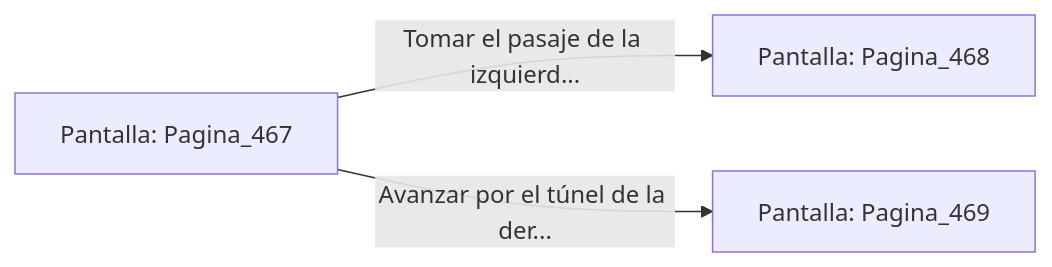
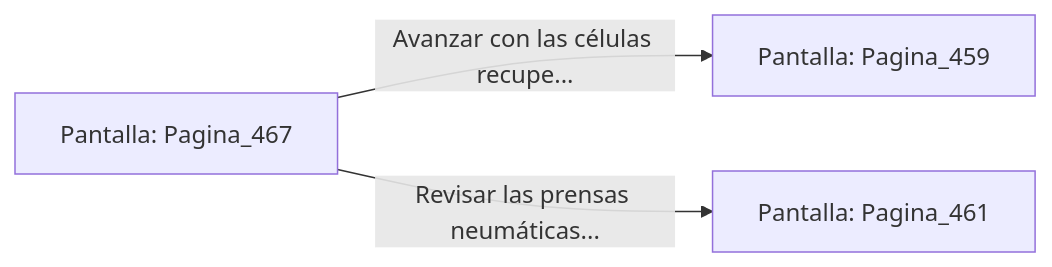
One commit to metsuke/mpl changed the diagram in sample/eligejuego-vault/Pantalla_Pagina_467.md. Above: the diagram before and after it, drawn with Mermaid. The commit also changed other lines of this file and 635 other files, not shown here.

First line of the commit message:
fix: añadir Pagina_1 como pantalla inicial en capitulo_01.mpl

````diff
--- a/sample/eligejuego-vault/Pantalla_Pagina_467.md
+++ b/sample/eligejuego-vault/Pantalla_Pagina_467.md
@@ -20,6 +24,6 @@
 ```mermaid
 graph LR
     P_Pagina_467["Pantalla: Pagina_467"]
-    P_Pagina_467 -->|"Tomar el pasaje de la izquierd..."| P_Pagina_468["Pantalla: Pagina_468"]
-    P_Pagina_467 -->|"Avanzar por el túnel de la der..."| P_Pagina_469["Pantalla: Pagina_469"]
+    P_Pagina_467 -->|"Avanzar con las células recupe..."| P_Pagina_459["Pantalla: Pagina_459"]
+    P_Pagina_467 -->|"Revisar las prensas neumáticas..."| P_Pagina_461["Pantalla: Pagina_461"]
 ```
````
